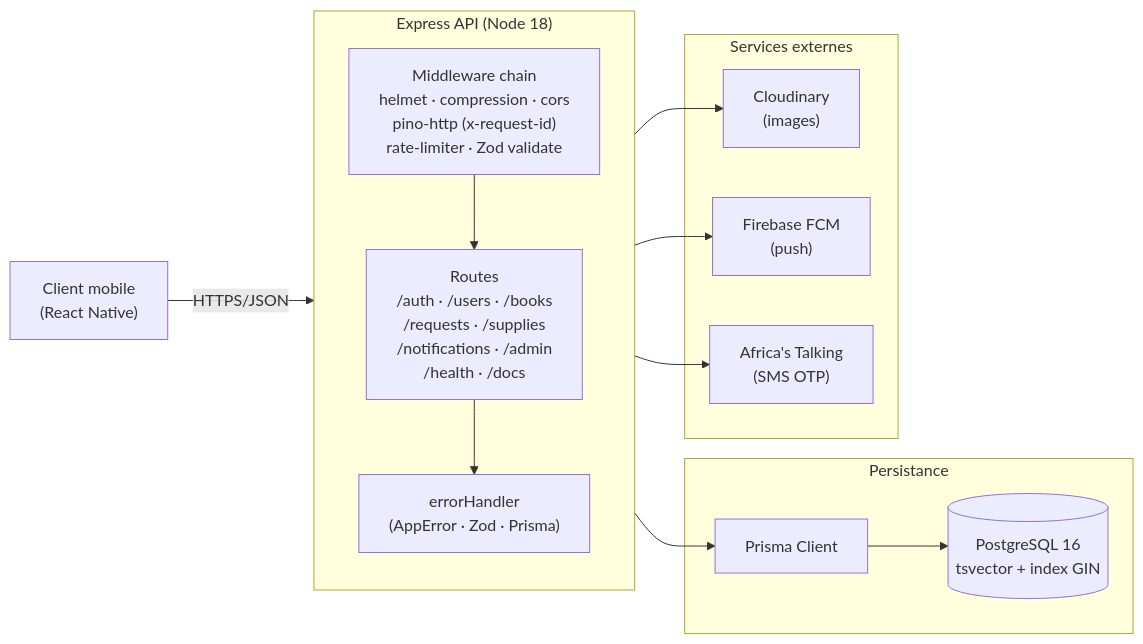
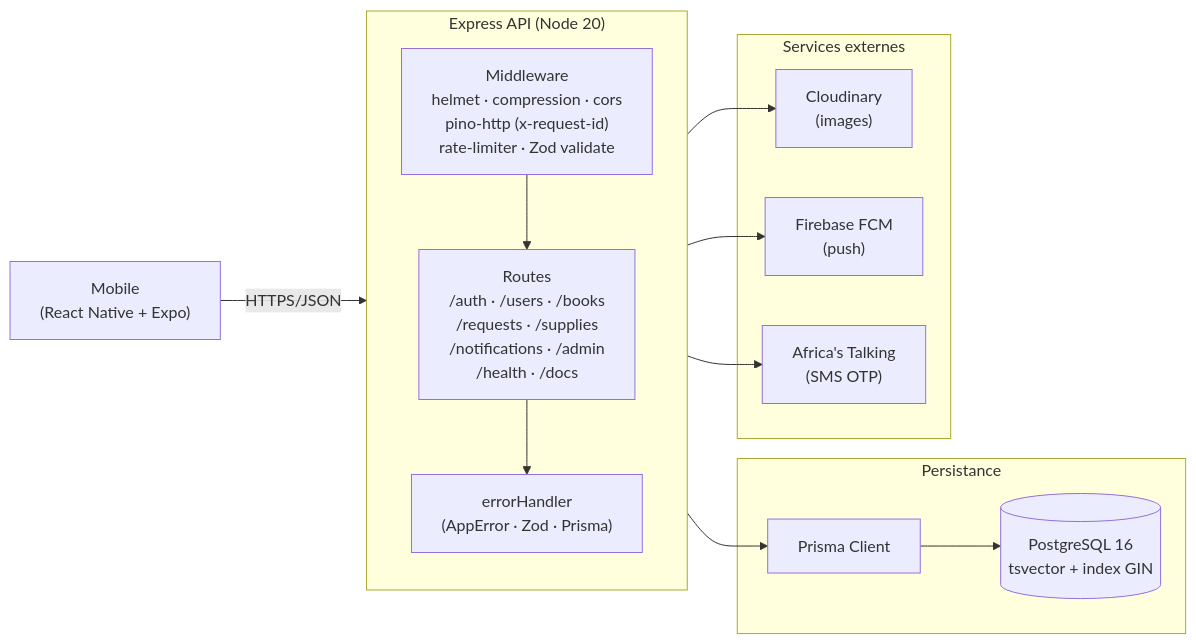
One commit to bslik001/bookswap changed the diagram in README.md. Above: the diagram before and after it, drawn with Mermaid. The commit also changed other lines of this file and 5 other files, not shown here.

````diff
--- a/README.md
+++ b/README.md
@@ -23,30 +28,30 @@
 ```mermaid
 flowchart LR
-    Client["Client mobile<br/>(React Native)"]
+    Mobile["Mobile<br/>(React Native + Expo)"]
 
-    subgraph API["Express API (Node 18)"]
+    subgraph API["Express API (Node 20)"]
         direction TB
-        MW["Middleware chain<br/>helmet · compression · cors<br/>pino-http (x-request-id)<br/>rate-limiter · Zod validate"]
+        MW["Middleware<br/>helmet · compression · cors<br/>pino-http (x-request-id)<br/>rate-limiter · Zod validate"]
         Routes["Routes<br/>/auth · /users · /books<br/>/requests · /supplies<br/>/notifications · /admin<br/>/health · /docs"]
         Errors["errorHandler<br/>(AppError · Zod · Prisma)"]
         MW --> Routes --> Errors
     end
 
     subgraph Data["Persistance"]
         Prisma["Prisma Client"]
         PG[("PostgreSQL 16<br/>tsvector + index GIN")]
         Prisma --> PG
     end
 
     subgraph External["Services externes"]
         Cloud["Cloudinary<br/>(images)"]
         FCM["Firebase FCM<br/>(push)"]
         AT["Africa's Talking<br/>(SMS OTP)"]
     end
 
-    Client -- HTTPS/JSON --> MW
+    Mobile -- HTTPS/JSON --> MW
     Routes --> Prisma
     Routes --> Cloud
     Routes --> FCM
     Routes --> AT
 ```
````
